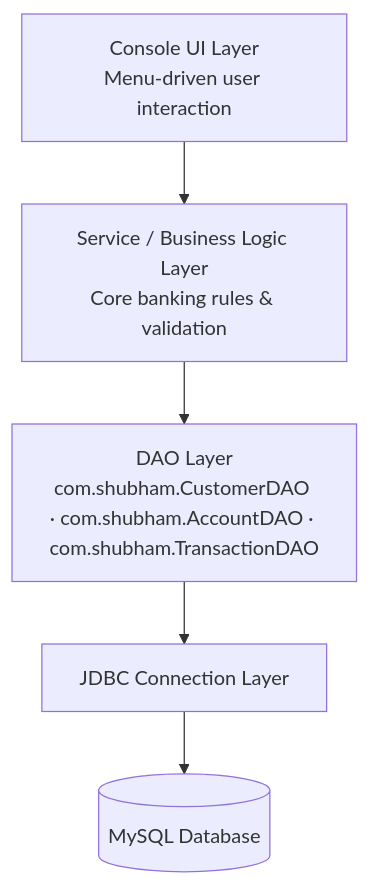
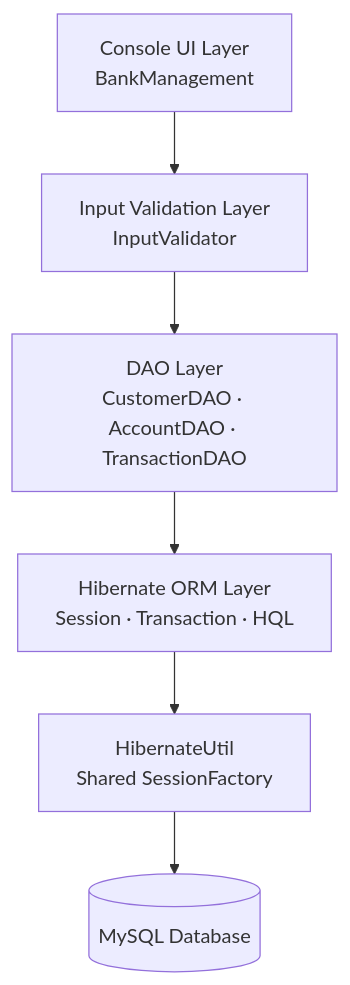
The first of 2 diagrams in Readme.md (dev-jshubham/bank-management-system), drawn with Mermaid before and after one commit. The commit also changed other lines of this file, not shown here.

Commit message:
docs: update project documentation for final Hibernate version

````diff
--- a/Readme.md
+++ b/Readme.md
@@ -91,7 +70,8 @@
 ```mermaid
 flowchart TD
-    A[Console UI Layer<br/>Menu-driven user interaction] --> B[Service / Business Logic Layer<br/>Core banking rules & validation]
-    B --> C[DAO Layer<br/>com.shubham.CustomerDAO · com.shubham.AccountDAO · com.shubham.TransactionDAO]
-    C --> D[JDBC Connection Layer]
-    D --> E[(MySQL Database)]
+    A[Console UI Layer<br/>BankManagement] --> B[Input Validation Layer<br/>InputValidator]
+    B --> C[DAO Layer<br/>CustomerDAO · AccountDAO · TransactionDAO]
+    C --> D[Hibernate ORM Layer<br/>Session · Transaction · HQL]
+    D --> E[HibernateUtil<br/>Shared SessionFactory]
+    E --> F[(MySQL Database)]
 ```
````
